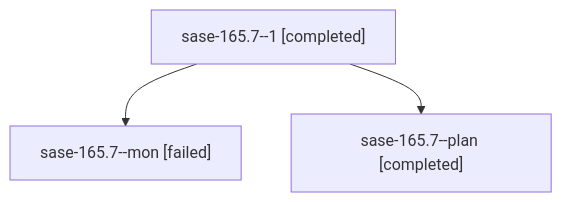
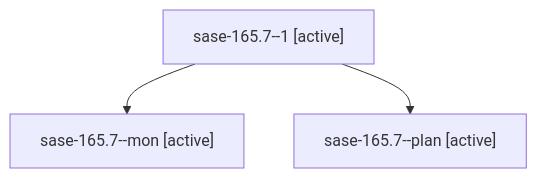
Before and after one commit to sase-org/sase--agents: the diagram in families/bbugyi200.athena.sase-165.7.md, drawn with Mermaid. The commit also changed other lines of this file and 35830 other files, not shown here.

````diff
--- a/families/bbugyi200.athena.sase-165.7.md
+++ b/families/bbugyi200.athena.sase-165.7.md
@@ -9,8 +9,8 @@
 ```mermaid
 flowchart TD
-  n0["sase-165.7--1 [completed]"]
-  n1["sase-165.7--mon [failed]"]
+  n0["sase-165.7--1 [active]"]
+  n1["sase-165.7--mon [active]"]
   n0 --> n1
-  n2["sase-165.7--plan [completed]"]
+  n2["sase-165.7--plan [active]"]
   n0 --> n2
 ```
````
